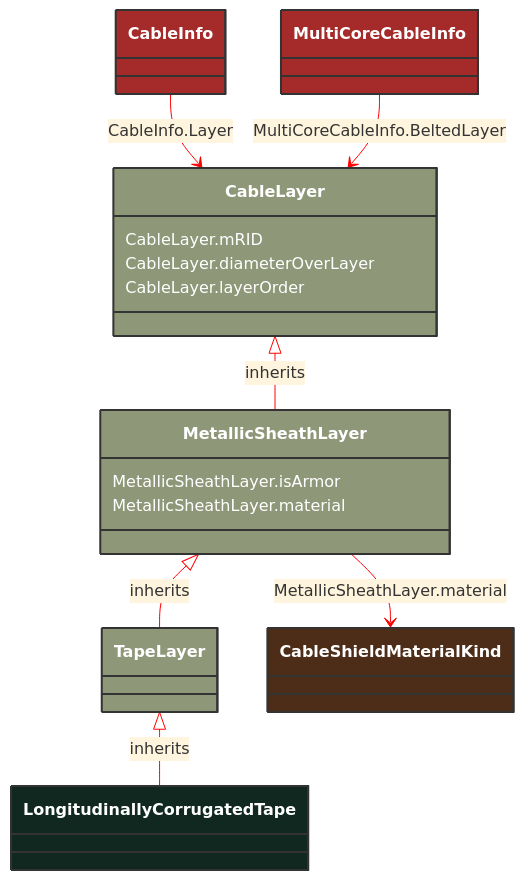
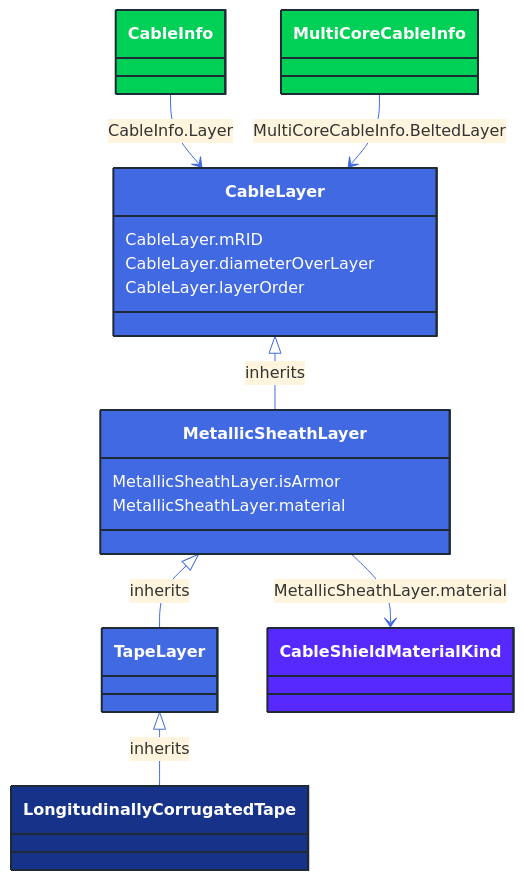
One commit to 3lbits/NoCIMExtensions changed the diagram in docs/Models/Profiles/SubseaCableInfo/ConcreteClasses/LongitudinallyCorrugatedTape.md. Above: the diagram before and after it, drawn with Mermaid. The commit also changed 362 other files, not shown here.

First line of the commit message:
Update diagrams and styles for improved visual consistency

````diff
--- a/docs/Models/Profiles/SubseaCableInfo/ConcreteClasses/LongitudinallyCorrugatedTape.md
+++ b/docs/Models/Profiles/SubseaCableInfo/ConcreteClasses/LongitudinallyCorrugatedTape.md
@@ -8,44 +8,44 @@
 ```mermaid
-%%{init: {'theme':'base','themeVariables': {'lineColor': '#FF0000'}}}%%
+%%{init: {'theme':'base','themeVariables': {'lineColor': '#4169E1'}}}%%
 classDiagram
     class LongitudinallyCorrugatedTape
     click LongitudinallyCorrugatedTape href "/Models/Profiles/SubseaCableInfo/ConcreteClasses/LongitudinallyCorrugatedTape/"
-    style LongitudinallyCorrugatedTape fill:#102820,stroke:#333,stroke-width:2px,rx:10,ry:10,color:white
+    style LongitudinallyCorrugatedTape fill:#163289,stroke:#1F2A37,stroke-width:2px,rx:10,ry:10,color:white
      
         TapeLayer <|-- LongitudinallyCorrugatedTape : inherits
             click TapeLayer href "/Models/Profiles/SubseaCableInfo/ConcreteClasses/TapeLayer/"
-            style TapeLayer fill:#8F9779,stroke:#333,stroke-width:2px,rx:10,ry:10,color:white
+            style TapeLayer fill:#4169E1,stroke:#1F2A37,stroke-width:2px,rx:10,ry:10,color:white
      
         MetallicSheathLayer <|-- TapeLayer : inherits
             click MetallicSheathLayer href "/Models/Profiles/SubseaCableInfo/ConcreteClasses/MetallicSheathLayer/"
-            style MetallicSheathLayer fill:#8F9779,stroke:#333,stroke-width:2px,rx:10,ry:10,color:white
+            style MetallicSheathLayer fill:#4169E1,stroke:#1F2A37,stroke-width:2px,rx:10,ry:10,color:white
      
         CableLayer <|-- MetallicSheathLayer : inherits
             click CableLayer href "/Models/Profiles/SubseaCableInfo/AbstractClasses/CableLayer/"
-            style CableLayer fill:#8F9779,stroke:#333,stroke-width:2px,rx:10,ry:10,color:white
+            style CableLayer fill:#4169E1,stroke:#1F2A37,stroke-width:2px,rx:10,ry:10,color:white
 
 
         CableInfo --> CableLayer : CableInfo.Layer
 
         CableInfo
             click CableInfo href "/Models/Profiles/SubseaCableInfo/ConcreteClasses/CableInfo/"
-            style CableInfo fill:#A52A2A,stroke:#333,stroke-width:2px,rx:10,ry:10,color:white
+            style CableInfo fill:#00D156,stroke:#1F2A37,stroke-width:2px,rx:10,ry:10,color:white
 
         MultiCoreCableInfo --> CableLayer : MultiCoreCableInfo.BeltedLayer
 
         MultiCoreCableInfo
             click MultiCoreCableInfo href "/Models/Profiles/SubseaCableInfo/ConcreteClasses/MultiCoreCableInfo/"
-            style MultiCoreCableInfo fill:#A52A2A,stroke:#333,stroke-width:2px,rx:10,ry:10,color:white
+            style MultiCoreCableInfo fill:#00D156,stroke:#1F2A37,stroke-width:2px,rx:10,ry:10,color:white
 
         MetallicSheathLayer --> CableShieldMaterialKind : MetallicSheathLayer.material
 
         CableShieldMaterialKind
             click CableShieldMaterialKind href "/Models/Profiles/SubseaCableInfo/Enumerations/CableShieldMaterialKind/"
-            style CableShieldMaterialKind fill:#4D2D18,stroke:#333,stroke-width:2px,rx:10,ry:10,color:white
+            style CableShieldMaterialKind fill:#5729FF,stroke:#1F2A37,stroke-width:2px,rx:10,ry:10,color:white
 
         MetallicSheathLayer : MetallicSheathLayer.isArmor
         MetallicSheathLayer : MetallicSheathLayer.material
         CableLayer : CableLayer.mRID
         CableLayer : CableLayer.diameterOverLayer
         CableLayer : CableLayer.layerOrder
 ```
````
